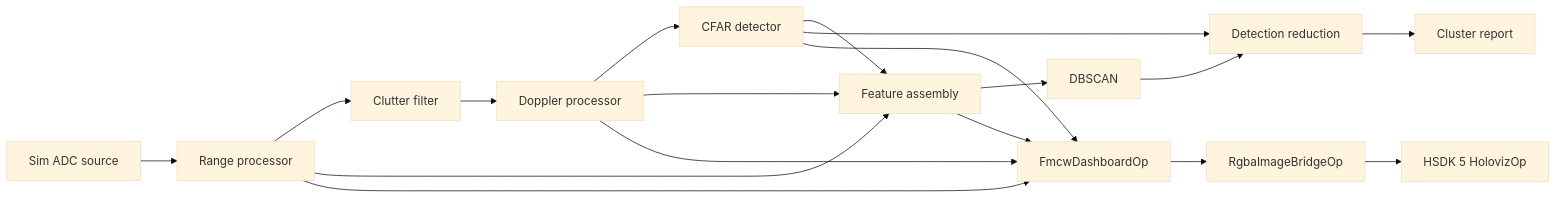
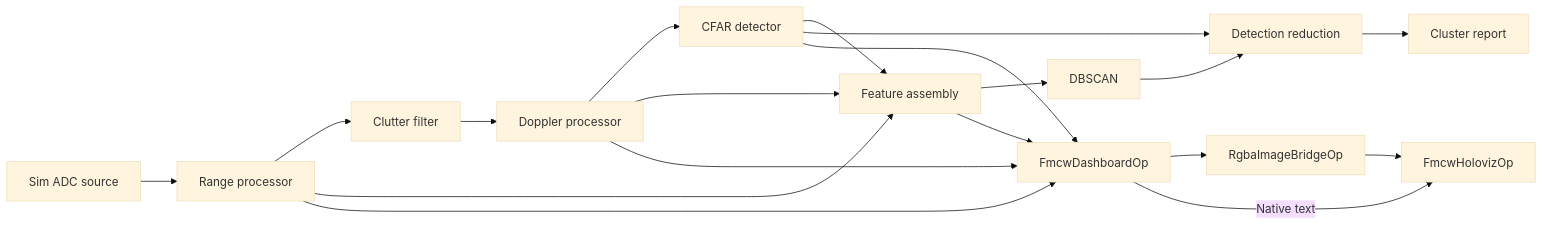
The diagram in applications/fmcw/siso/README.md (nvidia-holoscan/holoscan-radar), drawn with Mermaid (base theme) before and after one commit. The commit also changed other lines of this file and 17 other files, not shown here.

````diff
--- a/applications/fmcw/siso/README.md
+++ b/applications/fmcw/siso/README.md
@@ -5,13 +5,14 @@
 ```mermaid
 flowchart LR
     Source[Sim ADC source] --> Range[Range processor] --> Clutter[Clutter filter] --> Doppler[Doppler processor]
     Doppler --> CFAR[CFAR detector] --> Features[Feature assembly] --> Cluster[DBSCAN] --> Reduce[Detection reduction] --> Report[Cluster report]
     Range --> Features
     Doppler --> Features
     CFAR --> Reduce
     CFAR --> Dashboard[FmcwDashboardOp]
     Features --> Dashboard
     Range --> Dashboard
     Doppler --> Dashboard
-    Dashboard --> Image[RgbaImageBridgeOp] --> Holoviz[HSDK 5 HolovizOp]
+    Dashboard --> Image[RgbaImageBridgeOp] --> Holoviz[FmcwHolovizOp]
+    Dashboard -->|Native text| Holoviz
 ```
````
